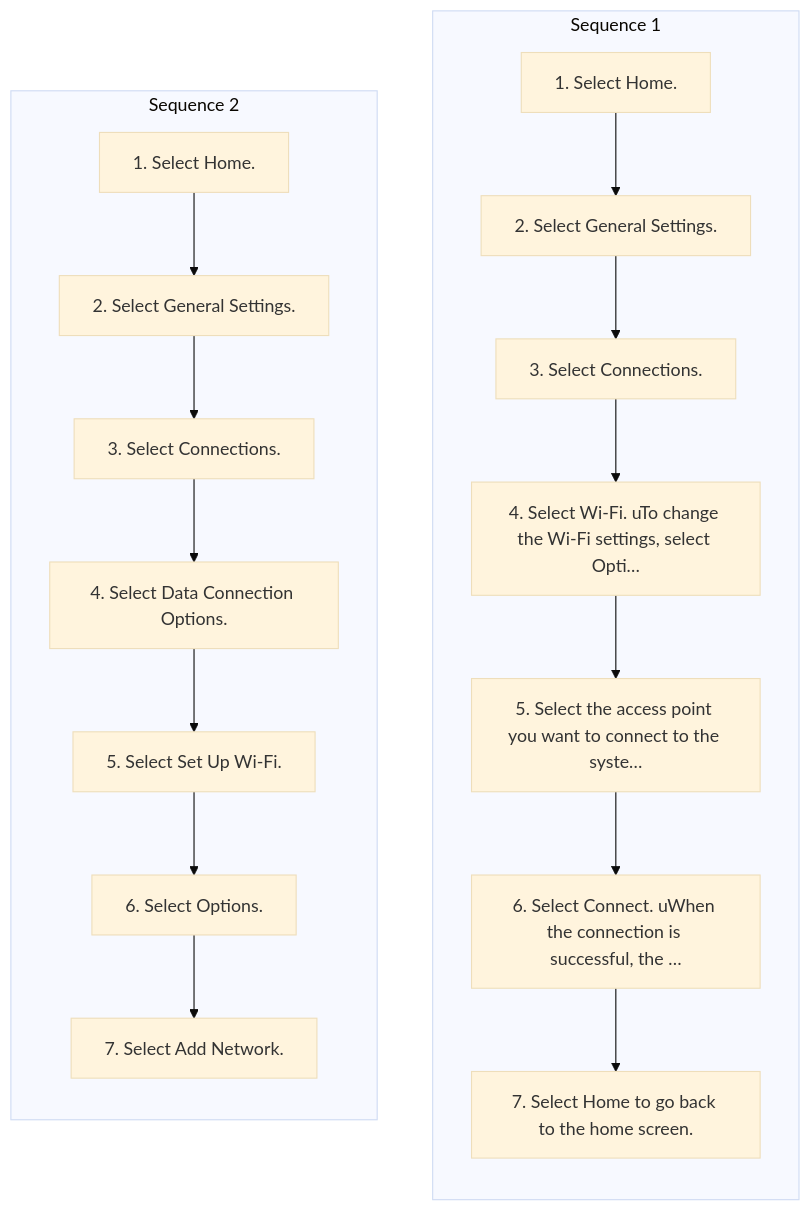
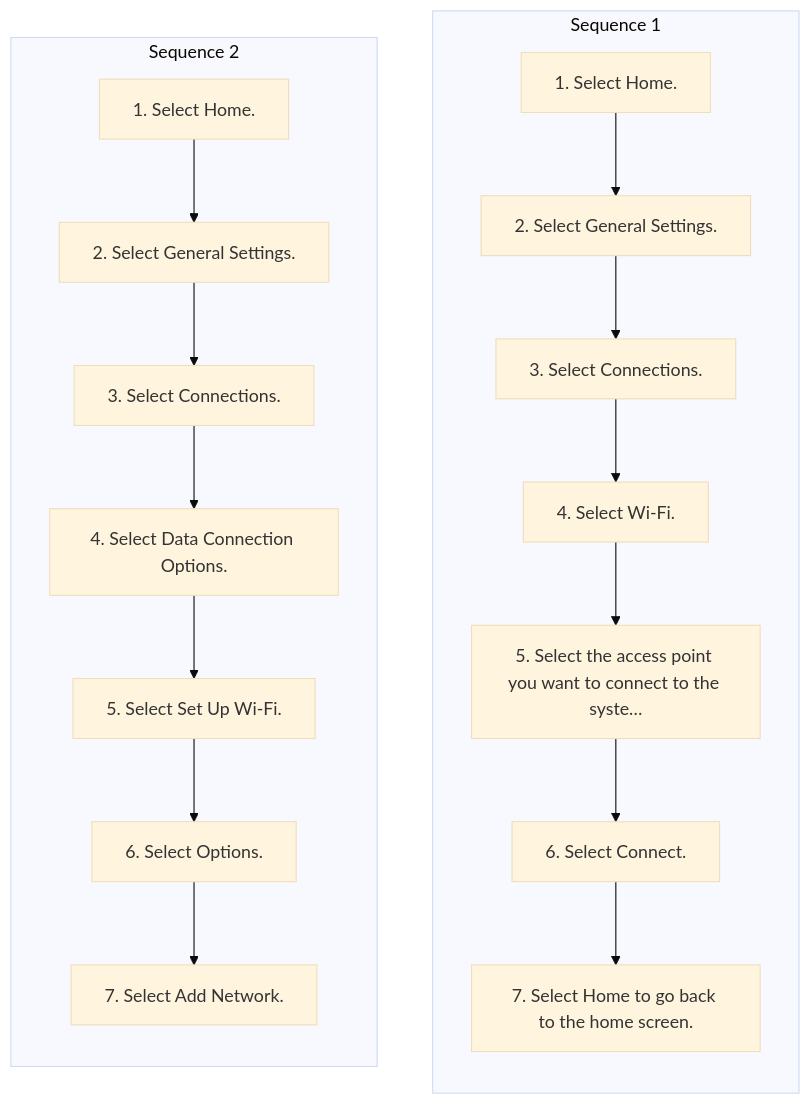
The diagram in workspace/honda/pilot-2026/ivi/published/features/17-wi-fi-connection.md (Chieko-Y/my-spec-generator), drawn with Mermaid (base theme) before and after one commit. The commit also changed other lines of this file and 59 other files, not shown here.

````diff
--- a/workspace/honda/pilot-2026/ivi/published/features/17-wi-fi-connection.md
+++ b/workspace/honda/pilot-2026/ivi/published/features/17-wi-fi-connection.md
@@ -9,35 +9,35 @@
 ```mermaid
 flowchart TD
     subgraph SEQ1["Sequence 1"]
     direction TB
     S1_1["1. Select Home."]
     S1_2["2. Select General Settings."]
     S1_3["3. Select Connections."]
-    S1_4["4. Select Wi-Fi. uTo change the Wi-Fi settings, select Opti…"]
+    S1_4["4. Select Wi-Fi."]
     S1_5["5. Select the access point you want to connect to the syste…"]
-    S1_6["6. Select Connect. uWhen the connection is successful, the …"]
+    S1_6["6. Select Connect."]
     S1_7["7. Select Home to go back to the home screen."]
     S1_1 --> S1_2
     S1_2 --> S1_3
     S1_3 --> S1_4
     S1_4 --> S1_5
     S1_5 --> S1_6
     S1_6 --> S1_7
     end
     subgraph SEQ2["Sequence 2"]
     direction TB
     S2_1["1. Select Home."]
     S2_2["2. Select General Settings."]
     S2_3["3. Select Connections."]
     S2_4["4. Select Data Connection Options."]
     S2_5["5. Select Set Up Wi-Fi."]
     S2_6["6. Select Options."]
     S2_7["7. Select Add Network."]
     S2_1 --> S2_2
     S2_2 --> S2_3
     S2_3 --> S2_4
     S2_4 --> S2_5
     S2_5 --> S2_6
     S2_6 --> S2_7
     end
 ```
````
